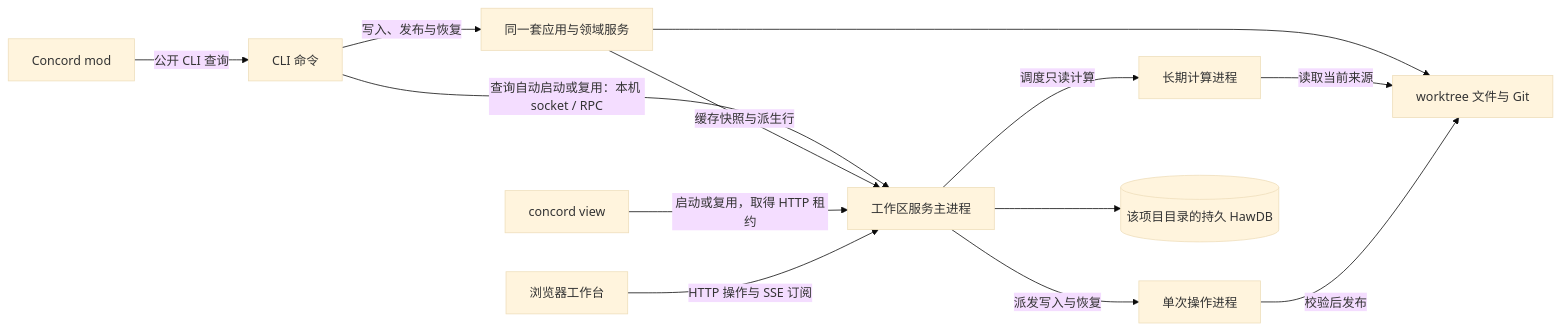
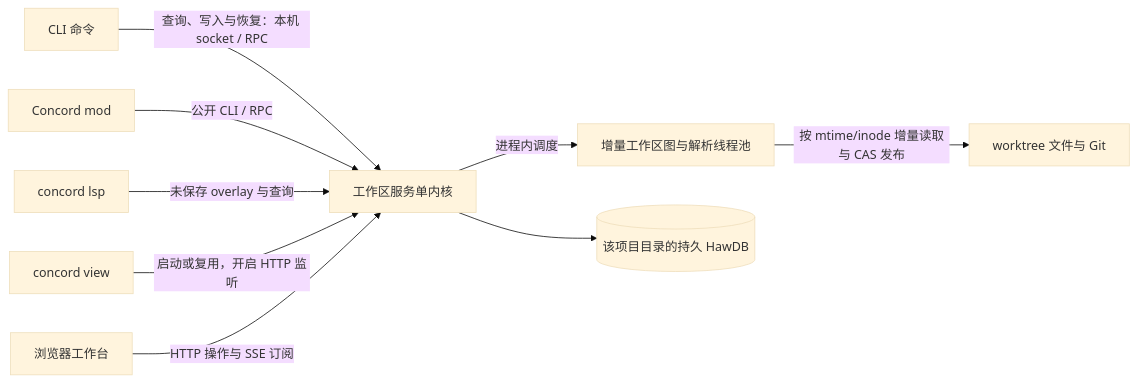
The first of 2 diagrams in docs/architecture.md (CorrectRoadH/Concord), drawn with Mermaid (base theme) before and after one commit. The commit also changed other lines of this file and 8 other files, not shown here.

Commit message:
docs: unify architecture around single workspace server kernel

````diff
--- a/docs/architecture.md
+++ b/docs/architecture.md
@@ -25,15 +25,11 @@
 ```mermaid
 flowchart LR
-  CLI[CLI 命令] -->|写入、发布与恢复| Local[同一套应用与领域服务]
-  CLI -->|查询自动启动或复用：本机 socket / RPC| Server[工作区服务主进程]
-  Local -->|缓存快照与派生行| Server
-  Herdr[Concord mod] -->|公开 CLI 查询| CLI
-  View[concord view] -->|启动或复用，取得 HTTP 租约| Server
+  CLI[CLI 命令] -->|查询、写入与恢复：本机 socket / RPC| Server[工作区服务单内核]
+  Herdr[Concord mod] -->|公开 CLI / RPC| Server
+  LSP[concord lsp] -->|未保存 overlay 与查询| Server
+  View[concord view] -->|启动或复用，开启 HTTP 监听| Server
   Browser[浏览器工作台] -->|HTTP 操作与 SSE 订阅| Server
-  Server -->|调度只读计算| Compute[长期计算进程]
-  Server -->|派发写入与恢复| Operation[单次操作进程]
+  Server -->|进程内调度| Graph[增量工作区图与解析线程池]
   Server --> Cache[(该项目目录的持久 HawDB)]
-  Local --> Sources[worktree 文件与 Git]
-  Compute -->|读取当前来源| Sources
-  Operation -->|校验后发布| Sources
+  Graph -->|按 mtime/inode 增量读取与 CAS 发布| Sources[worktree 文件与 Git]
 ```
````
